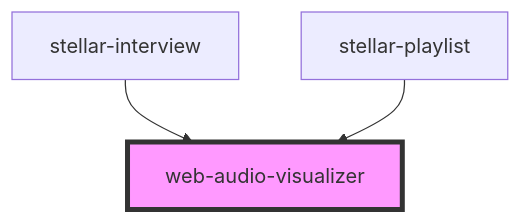
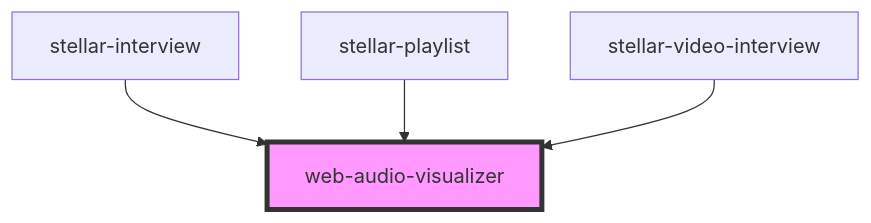
Before and after one commit to splitinfinities/Stellar: the diagram in src/components/audio/web-audio-visualizer/readme.md, drawn with Mermaid. The commit also changed other lines of this file and 26 other files, not shown here.

````diff
--- a/src/components/audio/web-audio-visualizer/readme.md
+++ b/src/components/audio/web-audio-visualizer/readme.md
@@ -45,6 +46,7 @@
 ```mermaid
 graph TD;
   stellar-interview --> web-audio-visualizer
   stellar-playlist --> web-audio-visualizer
+  stellar-video-interview --> web-audio-visualizer
   style web-audio-visualizer fill:#f9f,stroke:#333,stroke-width:4px
 ```
````
